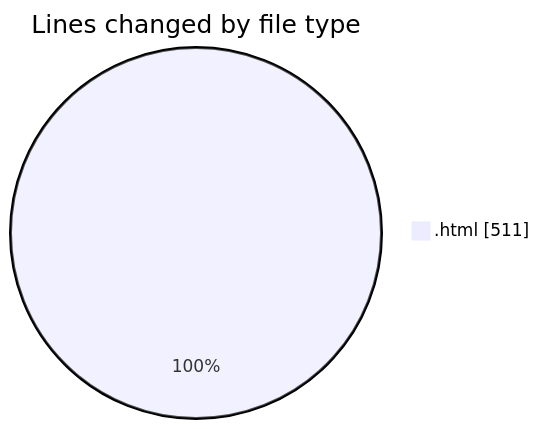
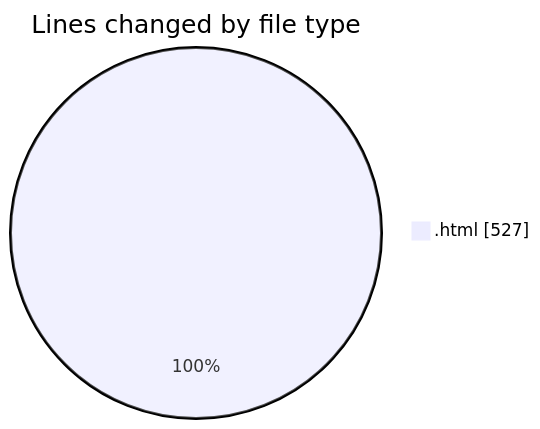
The first of 2 diagrams in 2025-01-08/nueva_carpeta/README.md (LanceThiago/code-tracking), drawn with Mermaid before and after one commit. The commit also changed other lines of this file and 1 other file, not shown here.

````diff
--- a/2025-01-08/nueva_carpeta/README.md
+++ b/2025-01-08/nueva_carpeta/README.md
@@ -20,5 +20,5 @@
 ```mermaid
 pie showData
 title Lines changed by file type
-".html" : 511
+".html" : 527
 ```
````
